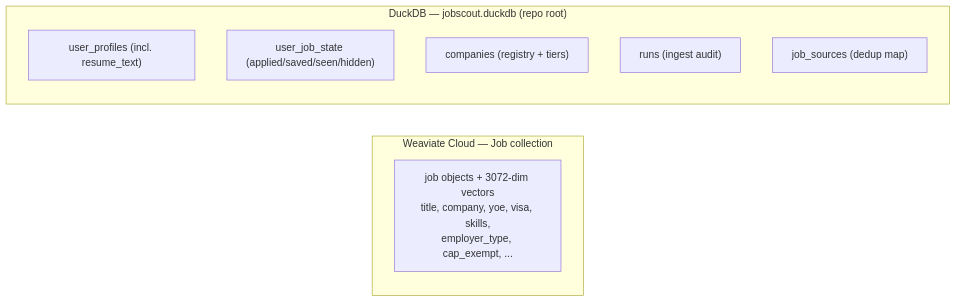
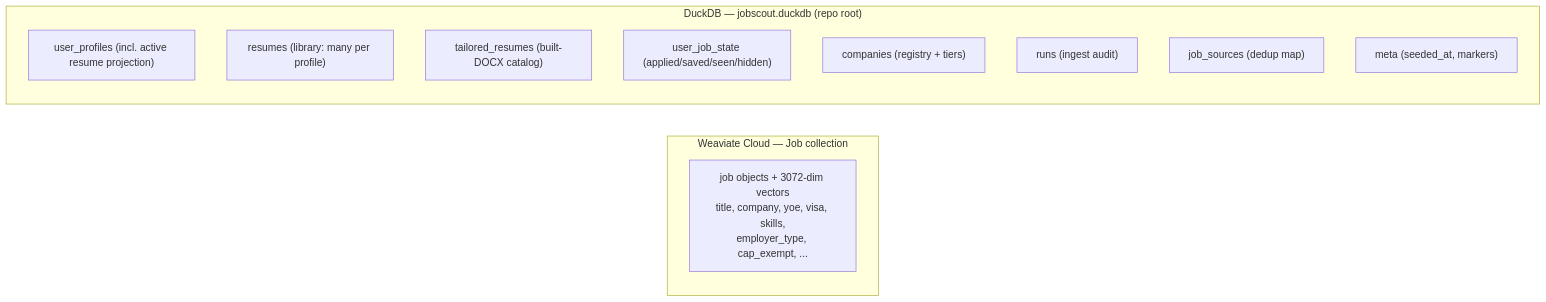
One commit to sciencephalonai/jobscout changed the first of 3 diagrams in docs/data-and-storage.md. Above: the diagram before and after it, drawn with Mermaid. The commit also changed other lines of this file and 148 other files, not shown here.

````diff
--- a/docs/data-and-storage.md
+++ b/docs/data-and-storage.md
@@ -10,13 +10,16 @@
 ```mermaid
 flowchart LR
     subgraph WV["Weaviate Cloud — Job collection"]
       J["job objects + 3072-dim vectors<br/>title, company, yoe, visa, skills,<br/>employer_type, cap_exempt, ..."]
     end
     subgraph DK["DuckDB — jobscout.duckdb (repo root)"]
-      P["user_profiles (incl. resume_text)"]
+      P["user_profiles (incl. active resume projection)"]
+      RES["resumes (library: many per profile)"]
+      T["tailored_resumes (built-DOCX catalog)"]
       S["user_job_state (applied/saved/seen/hidden)"]
       C["companies (registry + tiers)"]
       R["runs (ingest audit)"]
       JS["job_sources (dedup map)"]
+      M["meta (seeded_at, markers)"]
     end
 ```
````
